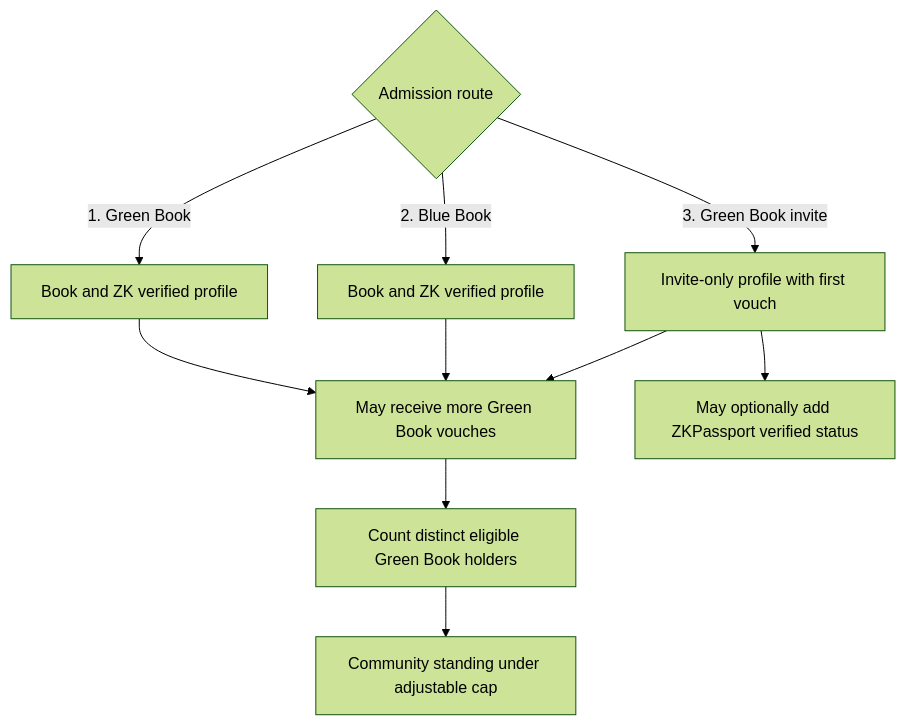
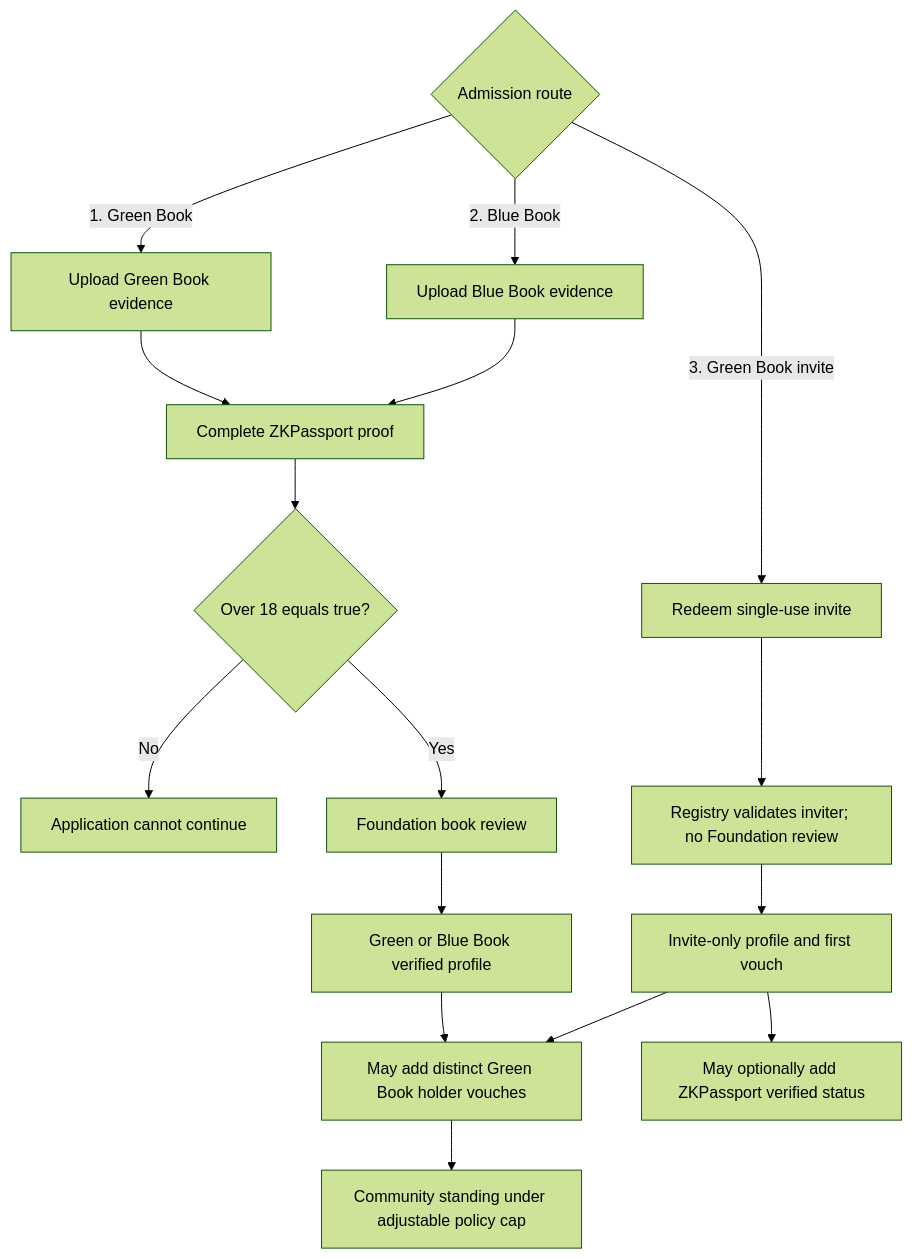
One commit to AlexJupiter/tibetan-id changed the third of 6 diagrams in README.md. Above: the diagram before and after it, drawn with Mermaid (forest theme). The commit also changed other lines of this file, not shown here.

Commit message:
Make membership flow vertical and merge admission sections

````diff
--- a/README.md
+++ b/README.md
@@ -116,12 +77,18 @@
 ```mermaid
 flowchart TD
-    A{Admission route} -->|1. Green Book| B[Book and ZK verified profile]
-    A -->|2. Blue Book| C[Book and ZK verified profile]
-    A -->|3. Green Book invite| D[Invite-only profile with first vouch]
-    B --> E[May receive more Green Book vouches]
+    A{Admission route} -->|1. Green Book| B[Upload Green Book evidence]
+    A -->|2. Blue Book| C[Upload Blue Book evidence]
+    A -->|3. Green Book invite| D[Redeem single-use invite]
+    B --> E[Complete ZKPassport proof]
     C --> E
-    D --> E
-    D --> F[May optionally add ZKPassport verified status]
-    E --> G[Count distinct eligible Green Book holders]
-    G --> H[Community standing under adjustable cap]
+    E --> F{Over 18 equals true?}
+    F -->|No| G[Application cannot continue]
+    F -->|Yes| H[Foundation book review]
+    H --> I[Green or Blue Book verified profile]
+    D --> J[Registry validates inviter; no Foundation review]
+    J --> K[Invite-only profile and first vouch]
+    I --> L[May add distinct Green Book holder vouches]
+    K --> L
+    K --> M[May optionally add ZKPassport verified status]
+    L --> N[Community standing under adjustable policy cap]
 ```
````
